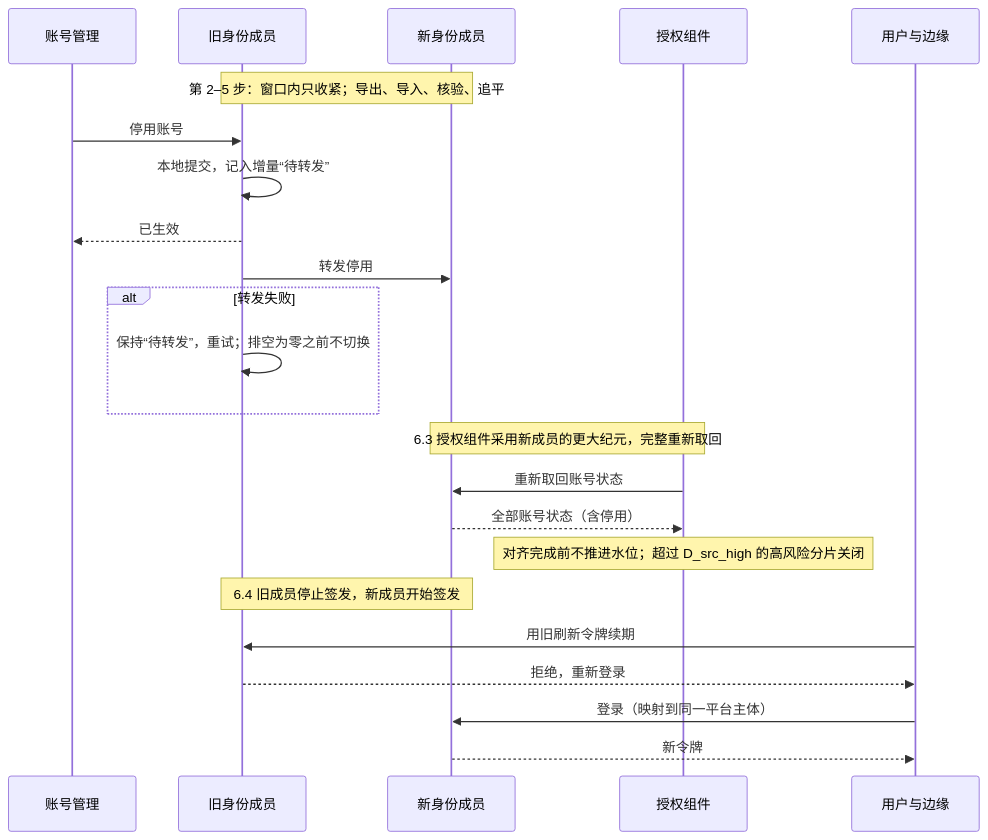
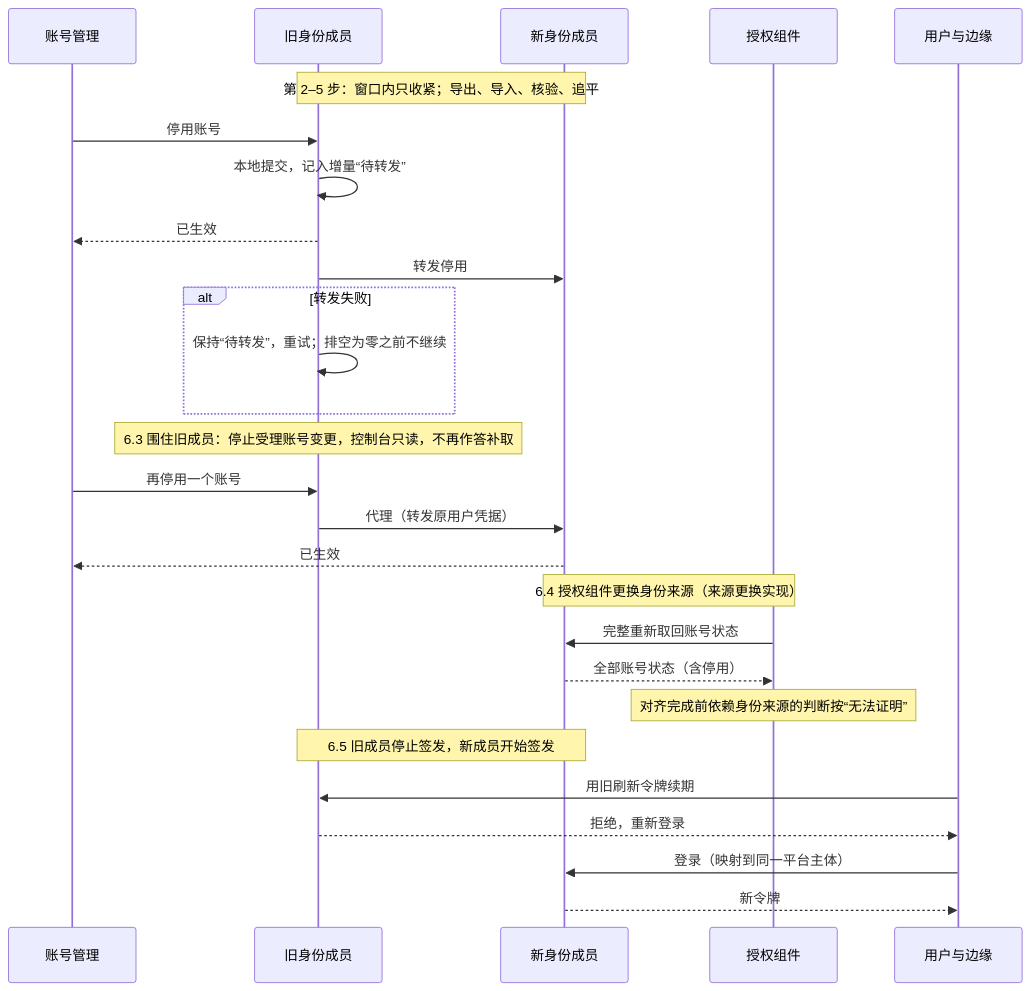
Before and after one commit to brickKit/be-assembly-standard: the diagram in tempDocs/final/06-protocols/security/11-identity-member-switching.md, drawn with Mermaid. The commit also changed other lines of this file and 14 other files, not shown here.

````diff
--- a/tempDocs/final/06-protocols/security/11-identity-member-switching.md
+++ b/tempDocs/final/06-protocols/security/11-identity-member-switching.md
@@ -38,25 +46,29 @@
 ```mermaid
 sequenceDiagram
     participant Op as 账号管理
     participant Old as 旧身份成员
     participant New as 新身份成员
     participant Z as 授权组件
     participant U as 用户与边缘
     Note over Old,New: 第 2–5 步：窗口内只收紧；导出、导入、核验、追平
     Op->>Old: 停用账号
     Old->>Old: 本地提交，记入增量“待转发”
     Old-->>Op: 已生效
     Old->>New: 转发停用
     alt 转发失败
-        Old->>Old: 保持“待转发”，重试；排空为零之前不切换
+        Old->>Old: 保持“待转发”，重试；排空为零之前不继续
     end
-    Note over Z,New: 6.3 授权组件采用新成员的更大纪元，完整重新取回
-    Z->>New: 重新取回账号状态
+    Note over Old: 6.3 围住旧成员：停止受理账号变更，控制台只读，不再作答补取
+    Op->>Old: 再停用一个账号
+    Old->>New: 代理（转发原用户凭据）
+    New-->>Op: 已生效
+    Note over Z,New: 6.4 授权组件更换身份来源（来源更换实现）
+    Z->>New: 完整重新取回账号状态
     New-->>Z: 全部账号状态（含停用）
-    Note over Z: 对齐完成前不推进水位；超过 D_src_high 的高风险分片关闭
-    Note over Old,New: 6.4 旧成员停止签发，新成员开始签发
+    Note over Z: 对齐完成前依赖身份来源的判断按“无法证明”
+    Note over Old,New: 6.5 旧成员停止签发，新成员开始签发
     U->>Old: 用旧刷新令牌续期
     Old-->>U: 拒绝，重新登录
     U->>New: 登录（映射到同一平台主体）
     New-->>U: 新令牌
 ```
````
